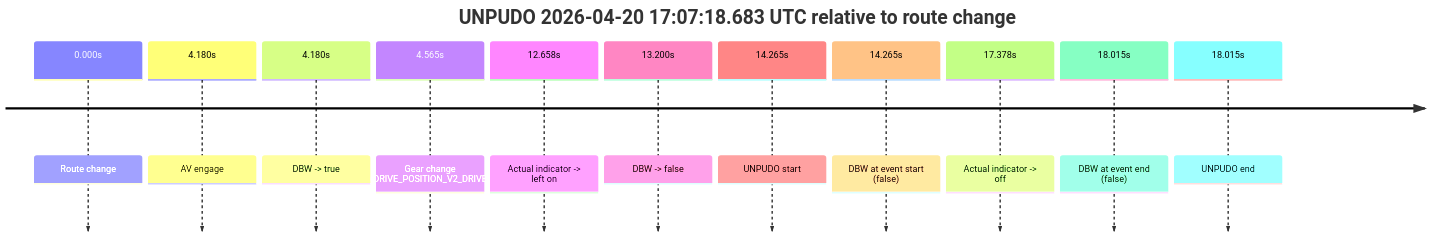
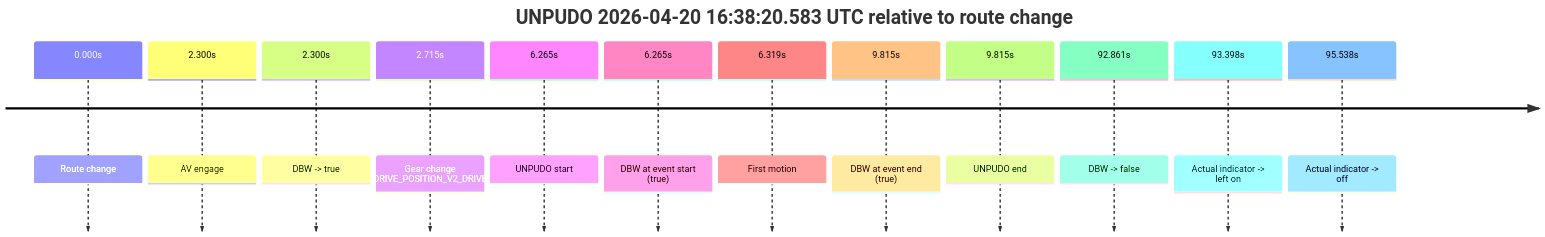
Before and after one commit to yoelshapiro/vault: the third of 11 diagrams in model_analysis/report_cards/2026/04/Week-4/fme20038--2026-04-20--16-20-45--gen2-av-fbe4e51a-0dd9-4a52-9bc6-eff63f0939cd.md, drawn with Mermaid. The commit also changed other lines of this file and 1 other file, not shown here.

````diff
--- a/model_analysis/report_cards/2026/04/Week-4/fme20038--2026-04-20--16-20-45--gen2-av-fbe4e51a-0dd9-4a52-9bc6-eff63f0939cd.md
+++ b/model_analysis/report_cards/2026/04/Week-4/fme20038--2026-04-20--16-20-45--gen2-av-fbe4e51a-0dd9-4a52-9bc6-eff63f0939cd.md
@@ -133,15 +229,16 @@
 ```mermaid
 timeline
-    title UNPUDO 2026-04-20 17:07:18.683 UTC relative to route change
+    title UNPUDO 2026-04-20 16:38:20.583 UTC relative to route change
     0.000s : Route change
-    4.180s : AV engage
-    4.180s : DBW -> true
-    4.565s : Gear change (DRIVE_POSITION_V2_DRIVE)
-    12.658s : Actual indicator -> left on
-    13.200s : DBW -> false
-    14.265s : UNPUDO start
-    14.265s : DBW at event start (false)
-    17.378s : Actual indicator -> off
-    18.015s : DBW at event end (false)
-    18.015s : UNPUDO end
+    2.300s : AV engage
+    2.300s : DBW -> true
+    2.715s : Gear change (DRIVE_POSITION_V2_DRIVE)
+    6.265s : UNPUDO start
+    6.265s : DBW at event start (true)
+    6.319s : First motion
+    9.815s : DBW at event end (true)
+    9.815s : UNPUDO end
+    92.861s : DBW -> false
+    93.398s : Actual indicator -> left on
+    95.538s : Actual indicator -> off
 ```
````
